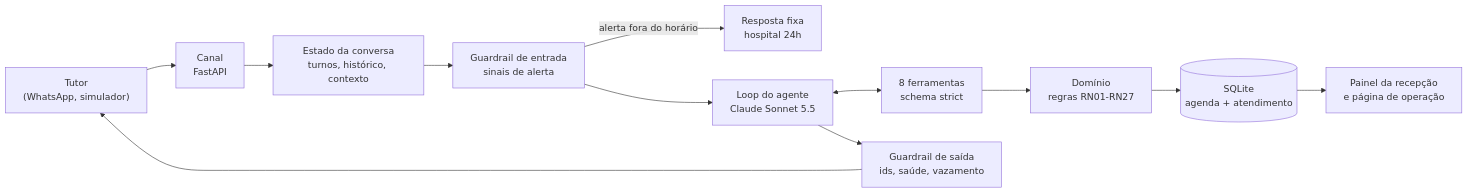
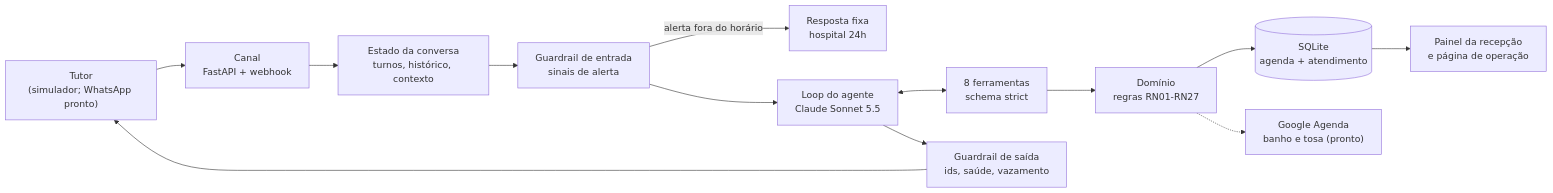
The diagram in README.md (GustavoHMS21/Agente-Clinica-Pata-e-Cia), drawn with Mermaid before and after one commit. The commit also changed other lines of this file and 2 other files, not shown here.

Commit message:
Encerramento: README e plano com WhatsApp e Google Agenda prontos e desligados

````diff
--- a/README.md
+++ b/README.md
@@ -37,14 +37,15 @@
 ```mermaid
 flowchart LR
-    T["Tutor<br/>(WhatsApp, simulador)"] --> CANAL["Canal<br/>FastAPI"]
+    T["Tutor<br/>(simulador; WhatsApp pronto)"] --> CANAL["Canal<br/>FastAPI + webhook"]
     CANAL --> CONV["Estado da conversa<br/>turnos, histórico, contexto"]
     CONV --> GE["Guardrail de entrada<br/>sinais de alerta"]
     GE -- "alerta fora do horário" --> FIXA["Resposta fixa<br/>hospital 24h"]
     GE --> LOOP["Loop do agente<br/>Claude Sonnet 5.5"]
     LOOP <--> FERR["8 ferramentas<br/>schema strict"]
     FERR --> DOM["Domínio<br/>regras RN01-RN27"]
     DOM --> BANCO[("SQLite<br/>agenda + atendimento")]
+    DOM -.-> GOOG["Google Agenda<br/>banho e tosa (pronto)"]
     LOOP --> GS["Guardrail de saída<br/>ids, saúde, vazamento"]
     GS --> T
     BANCO --> PAINEL["Painel da recepção<br/>e página de operação"]
 ```
````
